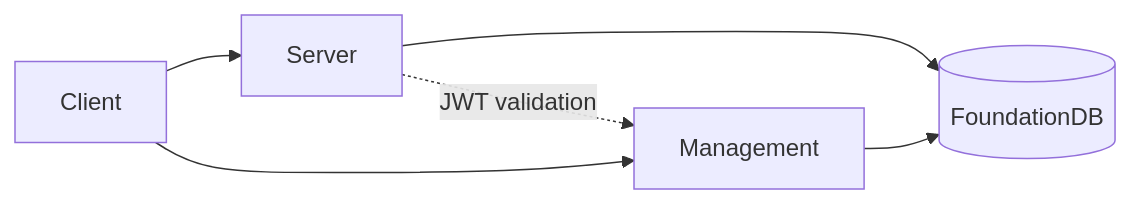
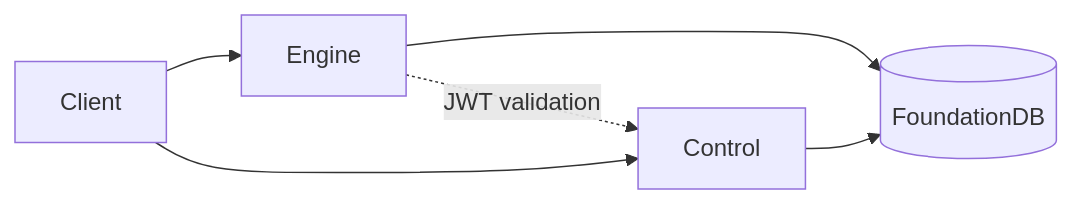
The diagram in README.md (inferadb/inferadb), drawn with Mermaid before and after one commit. The commit also changed other lines of this file and 6 other files, not shown here.

````diff
--- a/README.md
+++ b/README.md
@@ -49,8 +49,8 @@
 ```mermaid
 graph LR
-    A[Client] --> B[Server]
-    A --> C[Management]
+    A[Client] --> B[Engine]
+    A --> C[Control]
     B --> D[(FoundationDB)]
     C --> D
     B -.->|JWT validation| C
 ```
````
